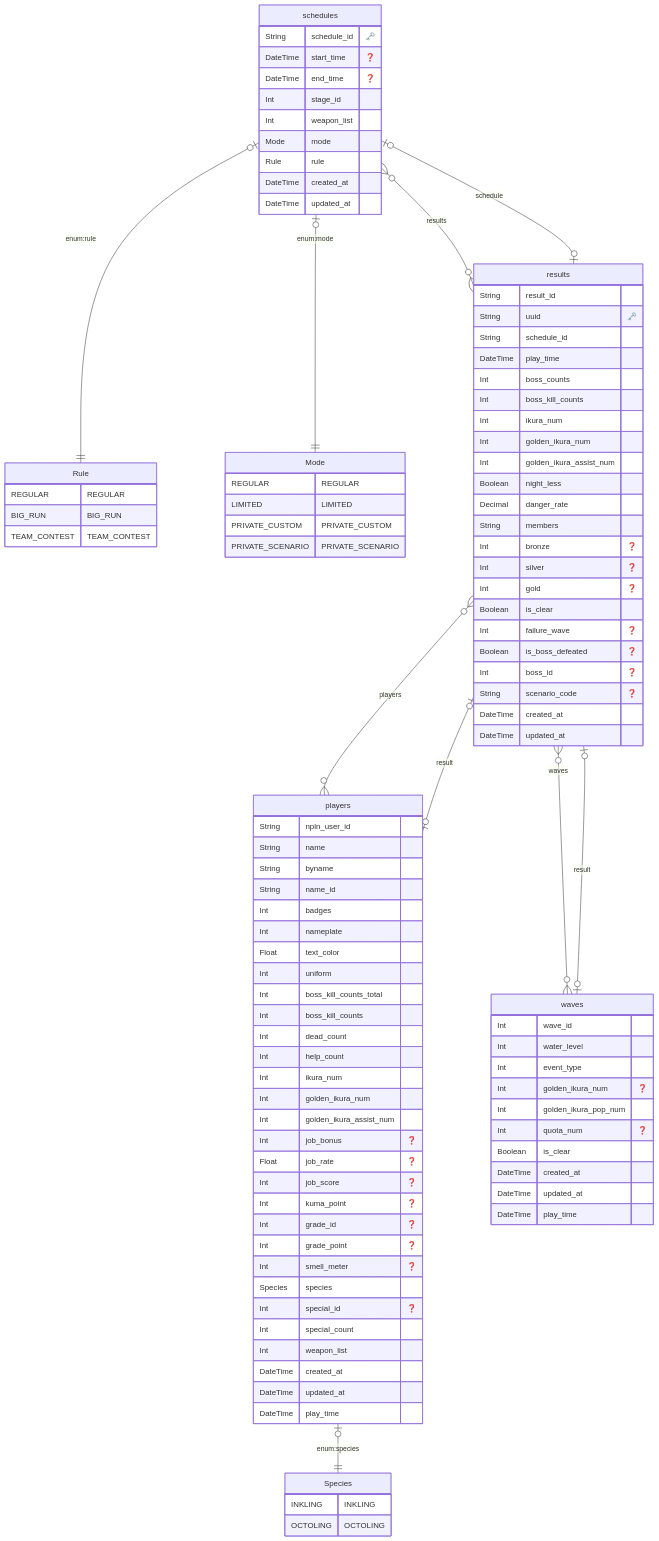
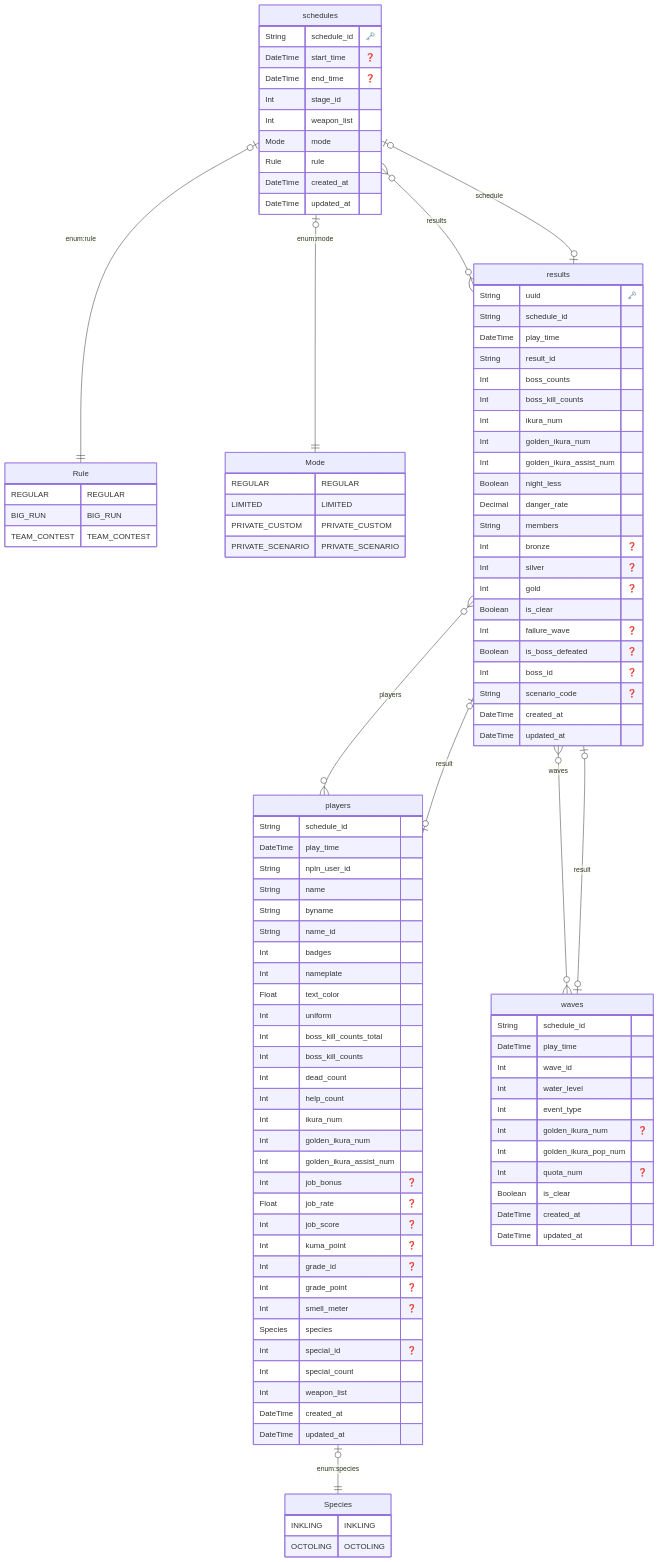
Before and after one commit to salmonstats3/av5ja_stats_api: the diagram in prisma/erd.md, drawn with Mermaid. The commit also changed 5 other files, not shown here.

```diff
--- a/prisma/erd.md
+++ b/prisma/erd.md
@@ -37,10 +37,10 @@
   
 
   "results" {
-    String result_id 
     String uuid "🗝️"
     String schedule_id 
     DateTime play_time 
+    String result_id 
     Int boss_counts 
     Int boss_kill_counts 
     Int ikura_num 
@@ -63,6 +63,8 @@
   
 
   "players" {
+    String schedule_id 
+    DateTime play_time 
     String npln_user_id 
     String name 
     String byname 
@@ -91,11 +93,12 @@
     Int weapon_list 
     DateTime created_at 
     DateTime updated_at 
-    DateTime play_time 
     }
   
 
   "waves" {
+    String schedule_id 
+    DateTime play_time 
     Int wave_id 
     Int water_level 
     Int event_type 
@@ -105,7 +108,6 @@
     Boolean is_clear 
     DateTime created_at 
     DateTime updated_at 
-    DateTime play_time 
     }
   
     "schedules" o|--|| "Mode" : "enum:mode"
```
